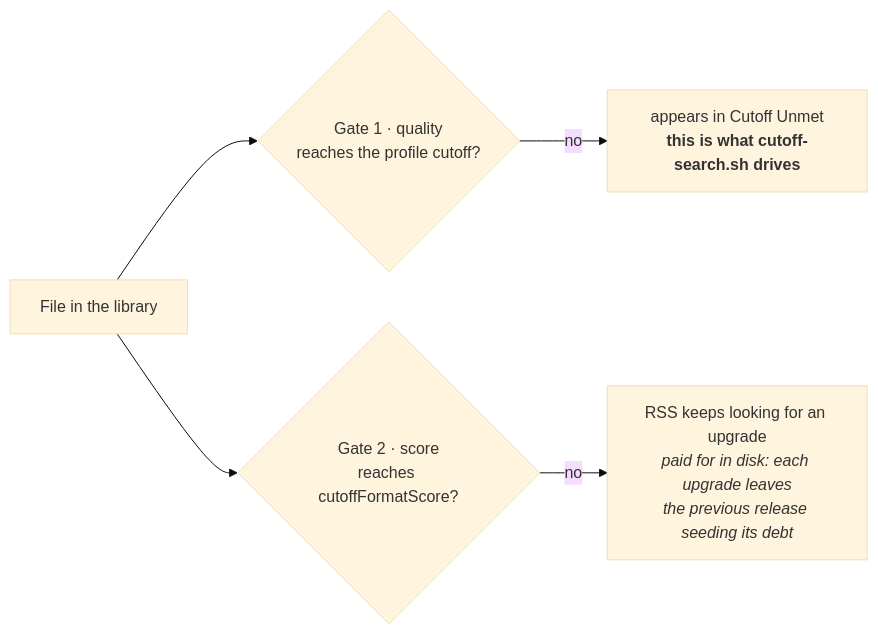
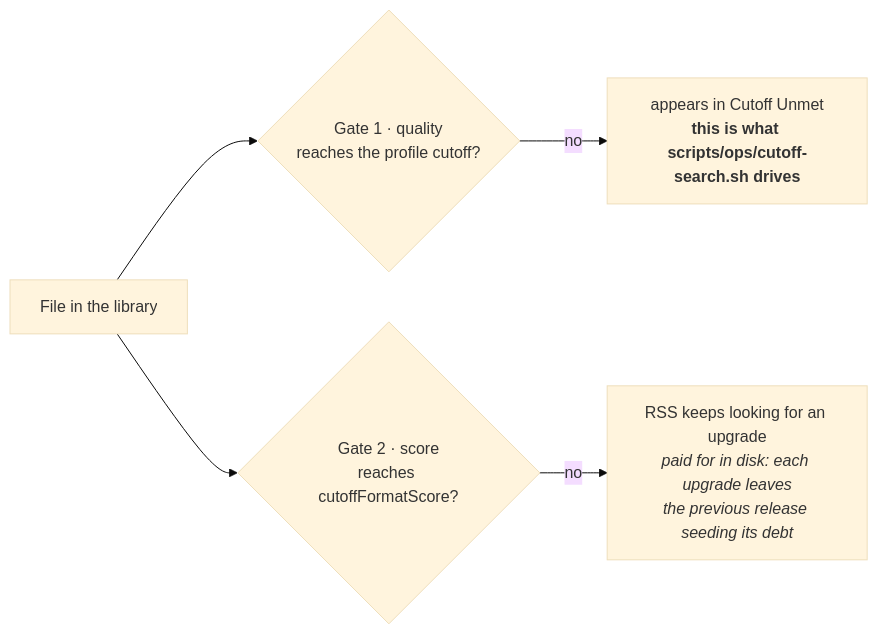
Before and after one commit to PlatanosVerdes/rpi-homeserver: the fourth of 7 diagrams in docs/architecture.md, drawn with Mermaid (base theme). The commit also changed other lines of this file and 48 other files, not shown here.

````diff
--- a/docs/architecture.md
+++ b/docs/architecture.md
@@ -160,8 +160,8 @@
 ```mermaid
 flowchart LR
   F["File in the library"] --> G1 & G2
   G1{"Gate 1 · quality<br/>reaches the profile cutoff?"}
   G2{"Gate 2 · score<br/>reaches cutoffFormatScore?"}
-  G1 -->|no| S1["appears in Cutoff Unmet<br/><b>this is what cutoff-search.sh drives</b>"]
+  G1 -->|no| S1["appears in Cutoff Unmet<br/><b>this is what scripts/ops/cutoff-search.sh drives</b>"]
   G2 -->|no| S2["RSS keeps looking for an upgrade<br/><i>paid for in disk: each upgrade leaves<br/>the previous release seeding its debt</i>"]
 ```
````
